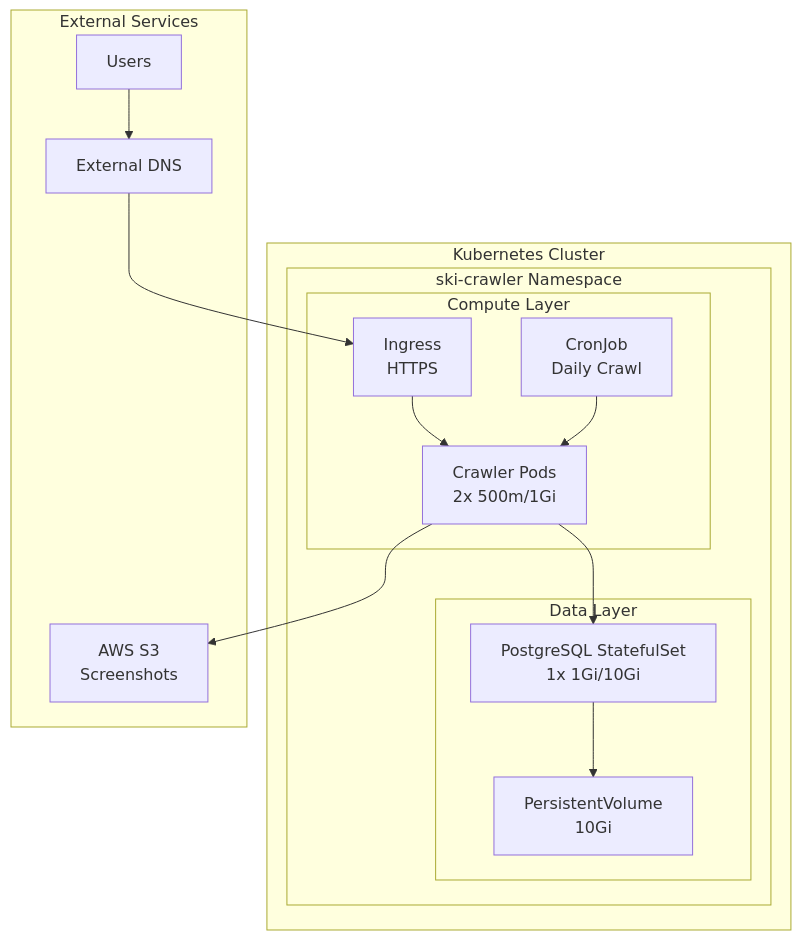
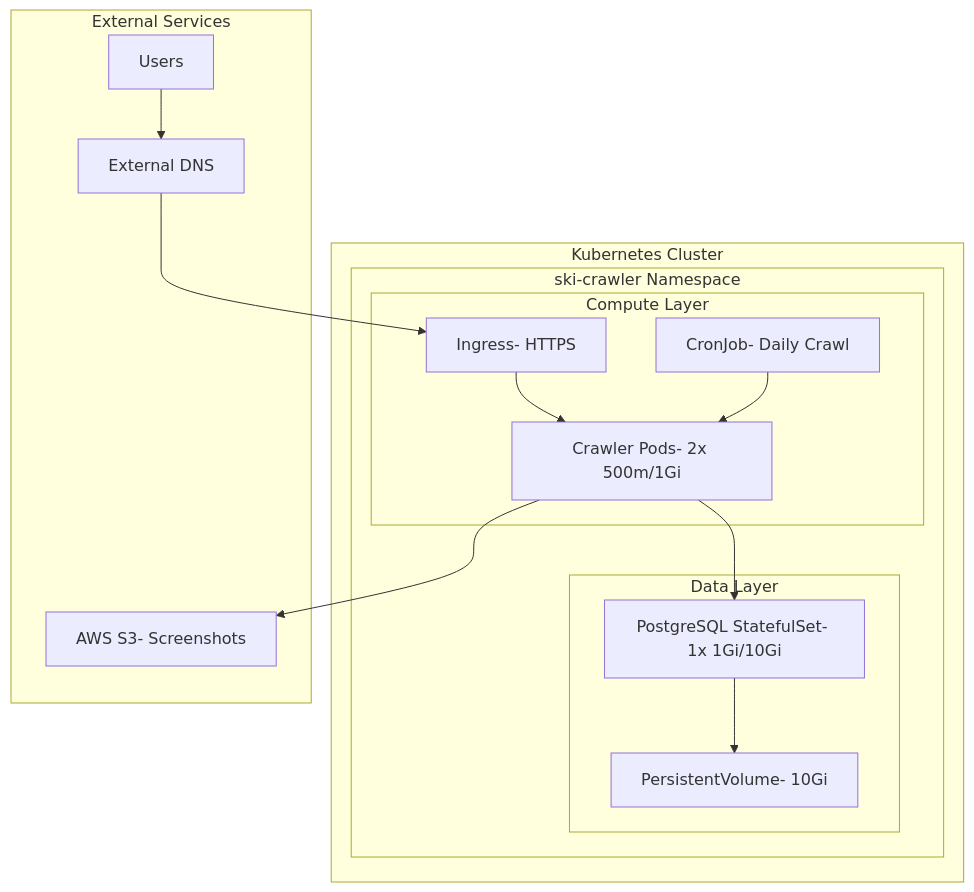
Before and after one commit to yungjakey/ski-crawler: the diagram in k8s.md, drawn with Mermaid.

Commit message:
Update k8s.md
formatting

````diff
--- a/k8s.md
+++ b/k8s.md
@@ -3,31 +3,31 @@
 ```mermaid
 flowchart TB
     subgraph "Kubernetes Cluster"
         subgraph "ski-crawler Namespace"
             subgraph "Compute Layer"
-                ING["Ingress\nHTTPS"]
-                POD["Crawler Pods\n2x 500m/1Gi"]
-                CJ["CronJob\nDaily Crawl"]
+                ING["Ingress- HTTPS"]
+                POD["Crawler Pods- 2x 500m/1Gi"]
+                CJ["CronJob- Daily Crawl"]
             end
 
             subgraph "Data Layer"
-                PG["PostgreSQL StatefulSet\n1x 1Gi/10Gi"]
-                PVC["PersistentVolume\n10Gi"]
+                PG["PostgreSQL StatefulSet- 1x 1Gi/10Gi"]
+                PVC["PersistentVolume- 10Gi"]
             end
         end
     end
 
     subgraph "External Services"
-        S3["AWS S3\nScreenshots"]
+        S3["AWS S3- Screenshots"]
         DNS["External DNS"]
         Users["Users"]
     end
 
     Users --> DNS
     DNS --> ING
     ING --> POD
     CJ --> POD
     POD --> PG
     POD --> S3
     PG --> PVC
 ```
````
